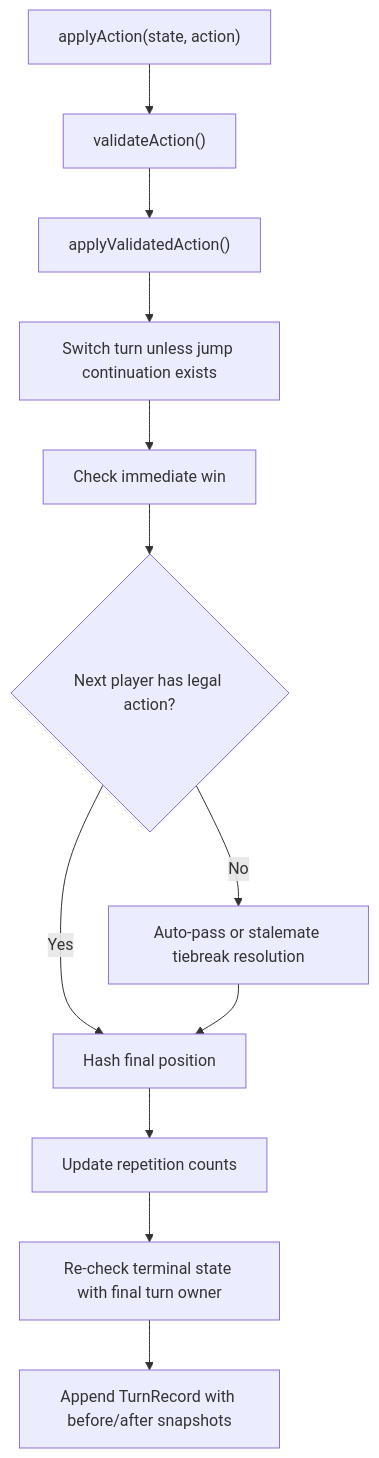
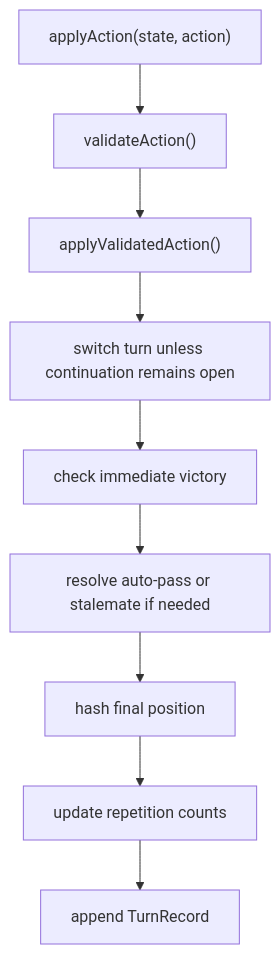
Before and after one commit to kstroevsky/you-and-i: the third of 5 diagrams in src/domain/README.md, drawn with Mermaid. The commit also changed other lines of this file and 33 other files, not shown here.

````diff
--- a/src/domain/README.md
+++ b/src/domain/README.md
@@ -285,14 +342,11 @@
 ```mermaid
 flowchart TD
   A["applyAction(state, action)"] --> B["validateAction()"]
   B --> C["applyValidatedAction()"]
-  C --> D["Switch turn unless jump continuation exists"]
-  D --> E["Check immediate win"]
-  E --> F{"Next player has legal action?"}
-  F -- "No" --> G["Auto-pass or stalemate tiebreak resolution"]
-  F -- "Yes" --> H["Hash final position"]
-  G --> H
-  H --> I["Update repetition counts"]
-  I --> J["Re-check terminal state with final turn owner"]
-  J --> K["Append TurnRecord with before/after snapshots"]
+  C --> D["switch turn unless continuation remains open"]
+  D --> E["check immediate victory"]
+  E --> F["resolve auto-pass or stalemate if needed"]
+  F --> G["hash final position"]
+  G --> H["update repetition counts"]
+  H --> I["append TurnRecord"]
 ```
````
